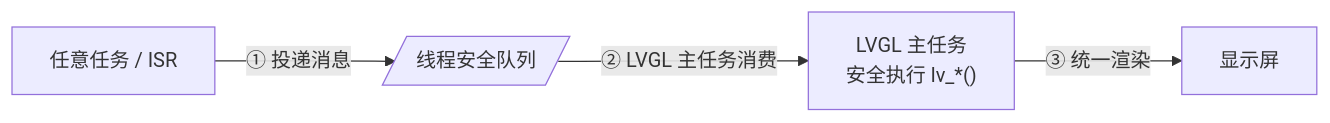
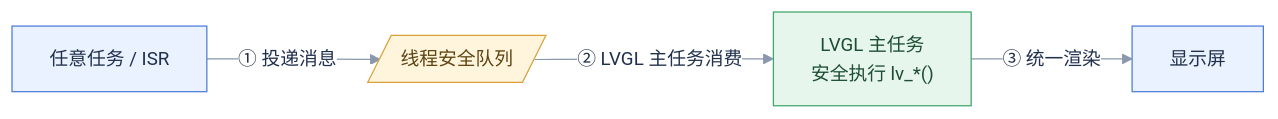
One commit to smallerxuan/mvl changed the diagram in docs/assets/design_01.mmd. Above: the diagram before and after it, drawn with Mermaid. The commit also changed 16 other files, not shown here.

First line of the commit message:
docs: 全文档图统一为本地渲染 PNG 并套用新主题

```diff
--- a/docs/assets/design_01.mmd
+++ b/docs/assets/design_01.mmd
@@ -1,4 +1,12 @@
+%%{init: {"theme":"base","flowchart":{"curve":"basis","nodeSpacing":35,"rankSpacing":50},"themeVariables":{"fontSize":"15px","primaryColor":"#EAF2FF","primaryBorderColor":"#4C7DD9","primaryTextColor":"#20304D","lineColor":"#8A97AD","clusterBkg":"#F5F8FF","clusterBorder":"#C9DBF7","edgeLabelBackground":"#FFFFFF"}}}%%
 flowchart LR
     A["任意任务 / ISR"] -->|"① 投递消息"| Q[/"线程安全队列"/]
     Q -->|"② LVGL 主任务消费"| G["LVGL 主任务<br>安全执行 lv_*()"]
     G -->|"③ 统一渲染"| D["显示屏"]
+
+    classDef lvgl fill:#E6F6EC,stroke:#3FA66A,color:#1D4D33;
+    classDef store fill:#FFF4DC,stroke:#D9A13B,color:#5C4310;
+    classDef bus fill:#EFE8FF,stroke:#7A5CD6,color:#3D2E73;
+    classDef danger fill:#FDE8E8,stroke:#D64545,color:#7A1F1F;
+    class Q store;
+    class G lvgl;
```
